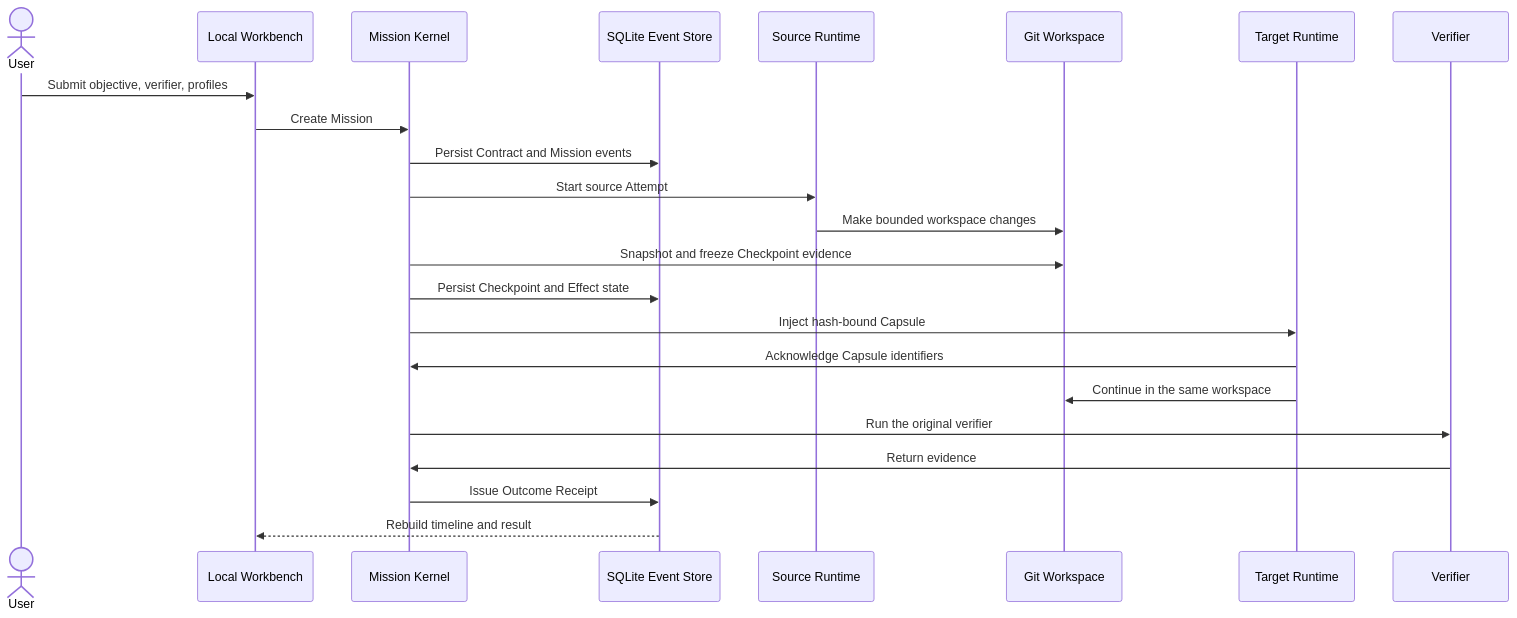
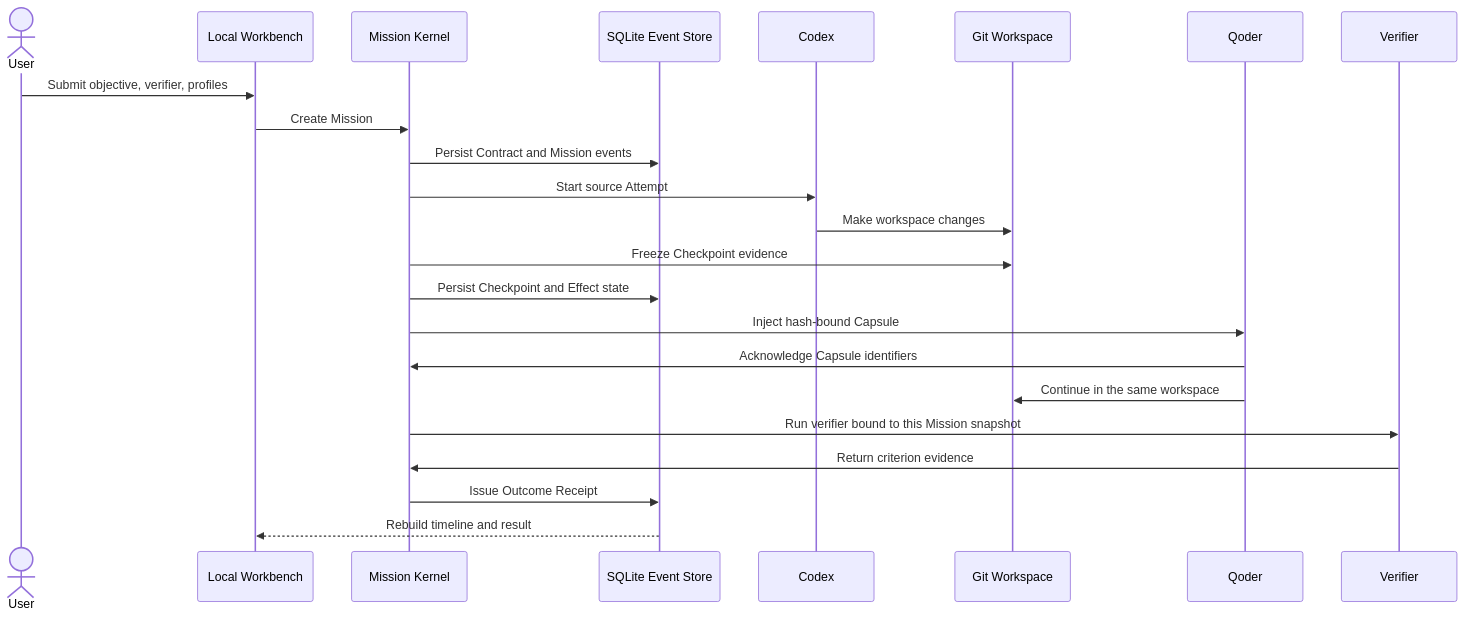
Before and after one commit to Oxygen56/missionbraid: the second of 2 diagrams in docs/project-tour.md, drawn with Mermaid. The commit also changed other lines of this file and 7 other files, not shown here.

Commit message:
docs: define final runtime workbench architecture

````diff
--- a/docs/project-tour.md
+++ b/docs/project-tour.md
@@ -54,26 +186,26 @@
 ```mermaid
 sequenceDiagram
   actor User
   participant UI as Local Workbench
   participant K as Mission Kernel
   participant S as SQLite Event Store
-  participant A as Source Runtime
+  participant A as Codex
   participant W as Git Workspace
-  participant B as Target Runtime
+  participant B as Qoder
   participant V as Verifier
 
   User->>UI: Submit objective, verifier, profiles
   UI->>K: Create Mission
   K->>S: Persist Contract and Mission events
   K->>A: Start source Attempt
-  A->>W: Make bounded workspace changes
-  K->>W: Snapshot and freeze Checkpoint evidence
+  A->>W: Make workspace changes
+  K->>W: Freeze Checkpoint evidence
   K->>S: Persist Checkpoint and Effect state
   K->>B: Inject hash-bound Capsule
   B->>K: Acknowledge Capsule identifiers
   B->>W: Continue in the same workspace
-  K->>V: Run the original verifier
-  V->>K: Return evidence
+  K->>V: Run verifier bound to this Mission snapshot
+  V->>K: Return criterion evidence
   K->>S: Issue Outcome Receipt
   S-->>UI: Rebuild timeline and result
 ```
````
